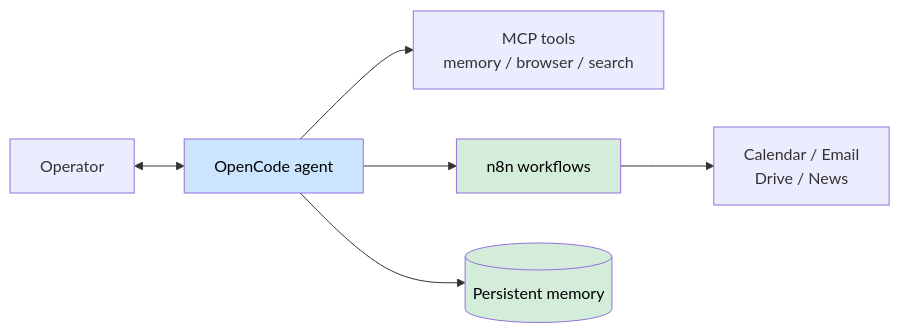
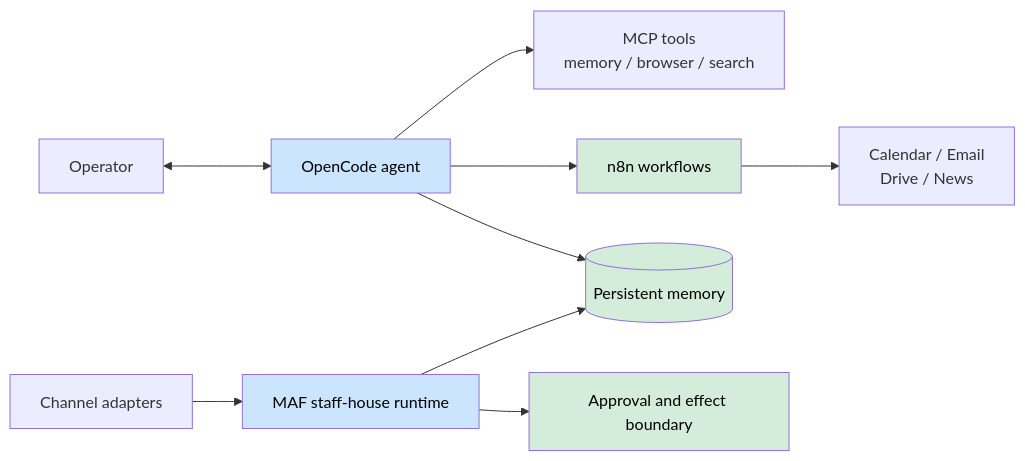
The seventh of 7 diagrams in README.md (alanfong93/alanfong93), drawn with Mermaid before and after one commit. The commit also changed other lines of this file, not shown here.

````diff
--- a/README.md
+++ b/README.md
@@ -183,11 +195,16 @@
 ```mermaid
 flowchart LR
     USER[Operator] <--> AGENT[OpenCode agent]
     AGENT --> MCP[MCP tools<br>memory / browser / search]
     AGENT --> N8N[n8n workflows]
     N8N --> SVC[Calendar / Email<br>Drive / News]
     AGENT --> MEM[(Persistent memory)]
+    CHANNELS[Channel adapters] --> HOUSE[MAF staff-house runtime]
+    HOUSE --> MEM
+    HOUSE --> POLICY[Approval and effect boundary]
     style AGENT fill:#cce5ff,color:#000
     style MEM fill:#d4edda,color:#000
     style N8N fill:#d4edda,color:#000
+    style HOUSE fill:#cce5ff,color:#000
+    style POLICY fill:#d4edda,color:#000
 ```
````
